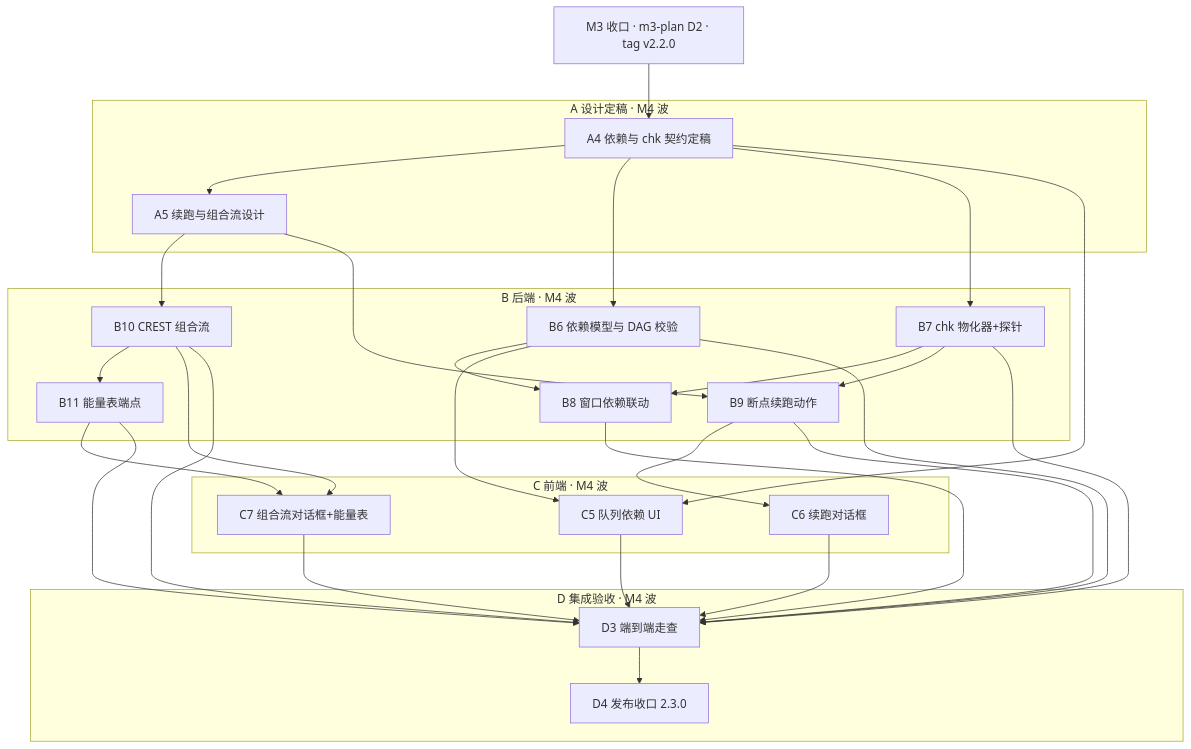
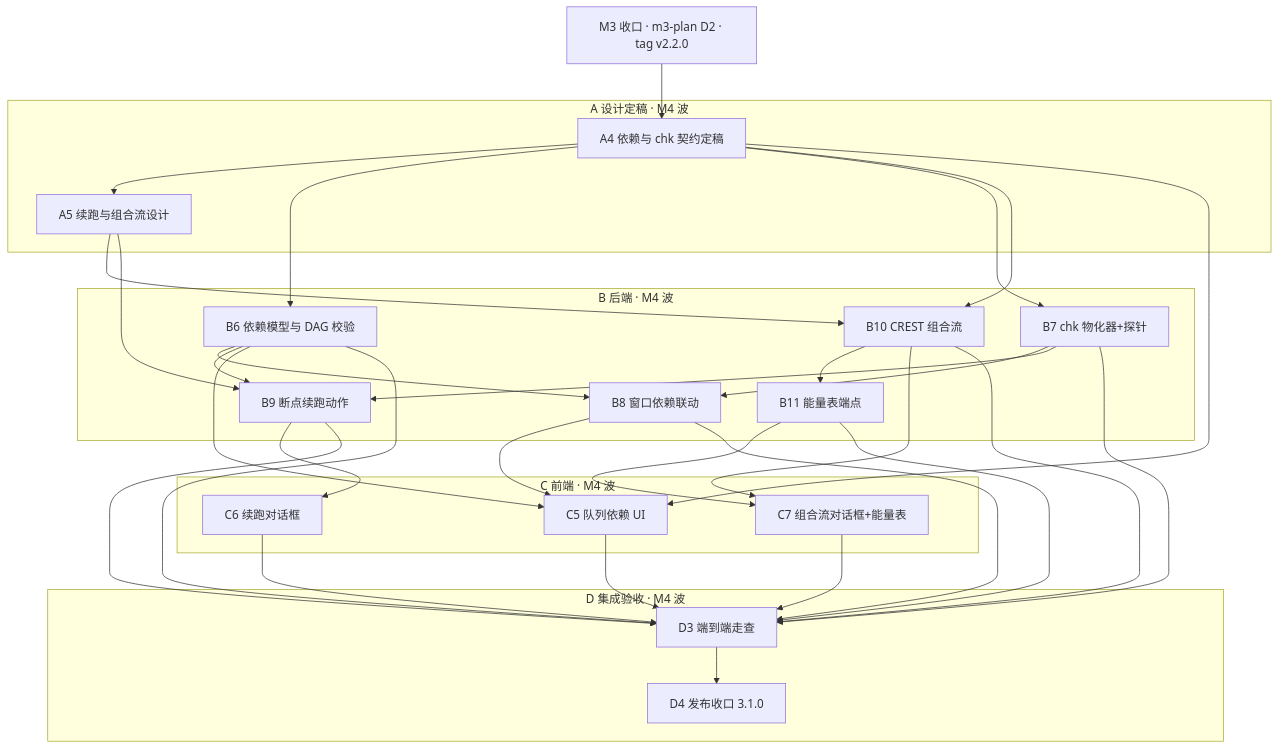
Before and after one commit to baizhancaiji/gauforge: the first of 4 diagrams in docs/plans/m4-plan.md, drawn with Mermaid. The commit also changed other lines of this file, not shown here.

````diff
--- a/docs/plans/m4-plan.md
+++ b/docs/plans/m4-plan.md
@@ -339,50 +451,53 @@
 ```mermaid
 flowchart TD
     subgraph A4W[A 设计定稿 · M4 波]
         A4[A4 依赖与 chk 契约定稿]
         A5[A5 续跑与组合流设计]
     end
     subgraph B4W[B 后端 · M4 波]
         B6[B6 依赖模型与 DAG 校验]
         B7[B7 chk 物化器+探针]
         B8[B8 窗口依赖联动]
         B9[B9 断点续跑动作]
         B10[B10 CREST 组合流]
         B11[B11 能量表端点]
     end
     subgraph C4W[C 前端 · M4 波]
         C5[C5 队列依赖 UI]
         C6[C6 续跑对话框]
         C7[C7 组合流对话框+能量表]
     end
     subgraph D4W[D 集成验收 · M4 波]
         D3[D3 端到端走查]
-        D4[D4 发布收口 2.3.0]
+        D4[D4 发布收口 3.1.0]
     end
 
     D2[M3 收口 · m3-plan D2 · tag v2.2.0] --> A4
     A4 --> A5
     A4 --> B6
     A4 --> B7
+    A4 --> B10
     A5 --> B10
     A5 --> B9
     B6 --> B8
+    B6 --> B9
     B7 --> B8
     B7 --> B9
     B10 --> B11
     A4 --> C5
     B6 --> C5
+    B8 --> C5
     B9 --> C6
     B10 --> C7
     B11 --> C7
     B8 --> D3
     B9 --> D3
     B10 --> D3
     B11 --> D3
     B6 --> D3
     B7 --> D3
     C5 --> D3
     C6 --> D3
     C7 --> D3
     D3 --> D4
 ```
````
